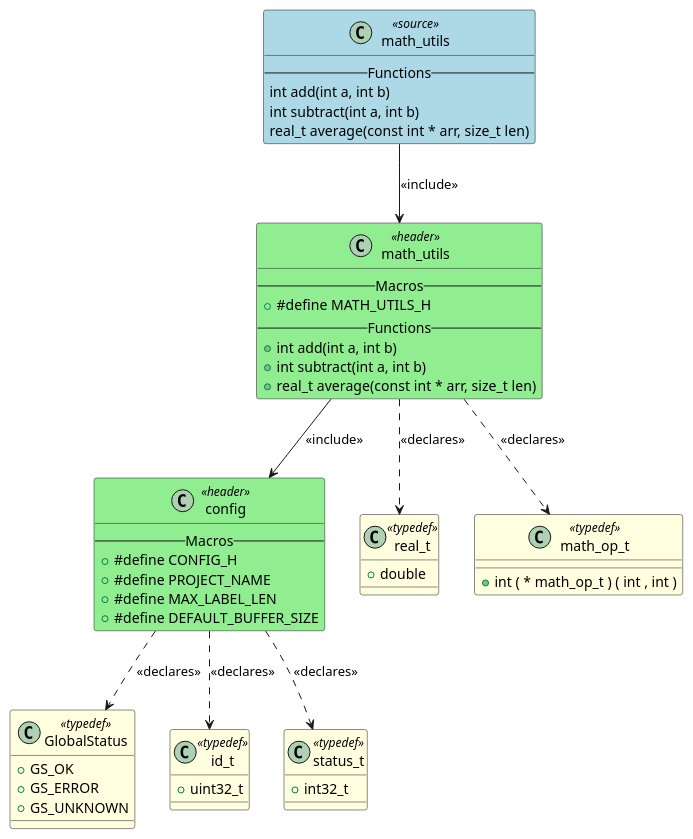
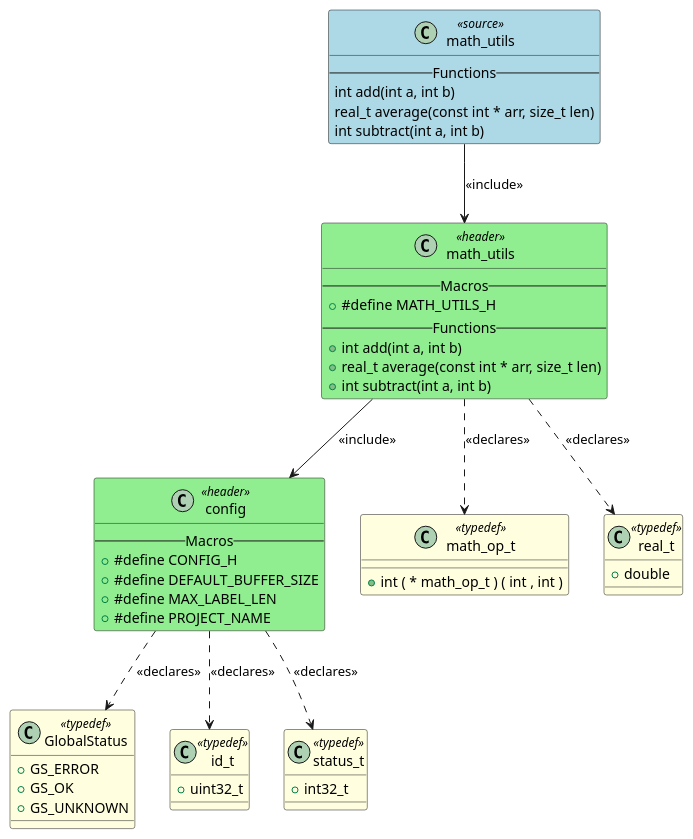
One commit to fischerjooo/c2puml changed the diagram in output/math_utils.puml. Above: the diagram before and after it, drawn with PlantUML. The commit also changed other lines of this file and 18 other files, not shown here.

```diff
--- a/output/math_utils.puml
+++ b/output/math_utils.puml
@@ -1,71 +1,71 @@
 @startuml math_utils
 
 class "math_utils" as MATH_UTILS <<source>> #LightBlue
 {
     -- Functions --
     int add(int a, int b)
+    real_t average(const int * arr, size_t len)
     int subtract(int a, int b)
-    real_t average(const int * arr, size_t len)
+}
+
+class "config" as HEADER_CONFIG <<header>> #LightGreen
+{
+    -- Macros --
+    + #define CONFIG_H
+    + #define DEFAULT_BUFFER_SIZE
+    + #define MAX_LABEL_LEN
+    + #define PROJECT_NAME
 }
 
 class "math_utils" as HEADER_MATH_UTILS <<header>> #LightGreen
 {
     -- Macros --
     + #define MATH_UTILS_H
     -- Functions --
     + int add(int a, int b)
+    + real_t average(const int * arr, size_t len)
     + int subtract(int a, int b)
-    + real_t average(const int * arr, size_t len)
-}
-
-class "config" as HEADER_CONFIG <<header>> #LightGreen
-{
-    -- Macros --
-    + #define CONFIG_H
-    + #define PROJECT_NAME
-    + #define MAX_LABEL_LEN
-    + #define DEFAULT_BUFFER_SIZE
-}
-
-class "real_t" as TYPEDEF_REAL_T <<typedef>> #LightYellow
-{
-    + double
-}
-
-class "math_op_t" as TYPEDEF_MATH_OP_T <<typedef>> #LightYellow
-{
-    + int ( * math_op_t ) ( int , int )
 }
 
 class "GlobalStatus" as TYPEDEF_GLOBALSTATUS <<typedef>> #LightYellow
 {
+    + GS_ERROR
     + GS_OK
-    + GS_ERROR
     + GS_UNKNOWN
 }
 
 class "id_t" as TYPEDEF_ID_T <<typedef>> #LightYellow
 {
     + uint32_t
 }
 
 class "status_t" as TYPEDEF_STATUS_T <<typedef>> #LightYellow
 {
     + int32_t
 }
 
+class "math_op_t" as TYPEDEF_MATH_OP_T <<typedef>> #LightYellow
+{
+    + int ( * math_op_t ) ( int , int )
+}
+
+class "real_t" as TYPEDEF_REAL_T <<typedef>> #LightYellow
+{
+    + double
+}
+
 
 ' Include relationships
 MATH_UTILS --> HEADER_MATH_UTILS : <<include>>
 HEADER_MATH_UTILS --> HEADER_CONFIG : <<include>>
 
 ' Declaration relationships
-HEADER_MATH_UTILS ..> TYPEDEF_REAL_T : <<declares>>
-HEADER_MATH_UTILS ..> TYPEDEF_MATH_OP_T : <<declares>>
 HEADER_CONFIG ..> TYPEDEF_GLOBALSTATUS : <<declares>>
 HEADER_CONFIG ..> TYPEDEF_ID_T : <<declares>>
 HEADER_CONFIG ..> TYPEDEF_STATUS_T : <<declares>>
+HEADER_MATH_UTILS ..> TYPEDEF_MATH_OP_T : <<declares>>
+HEADER_MATH_UTILS ..> TYPEDEF_REAL_T : <<declares>>
 
 ' Uses relationships
 
 @enduml
```
